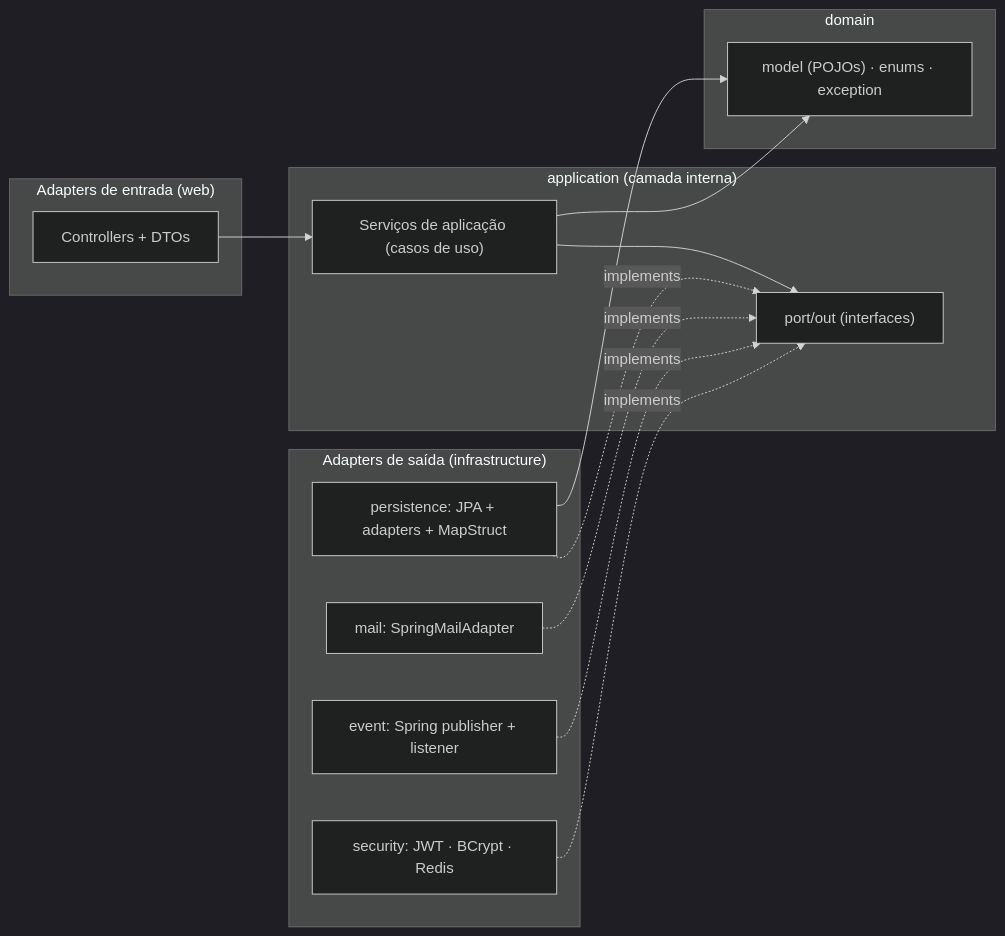
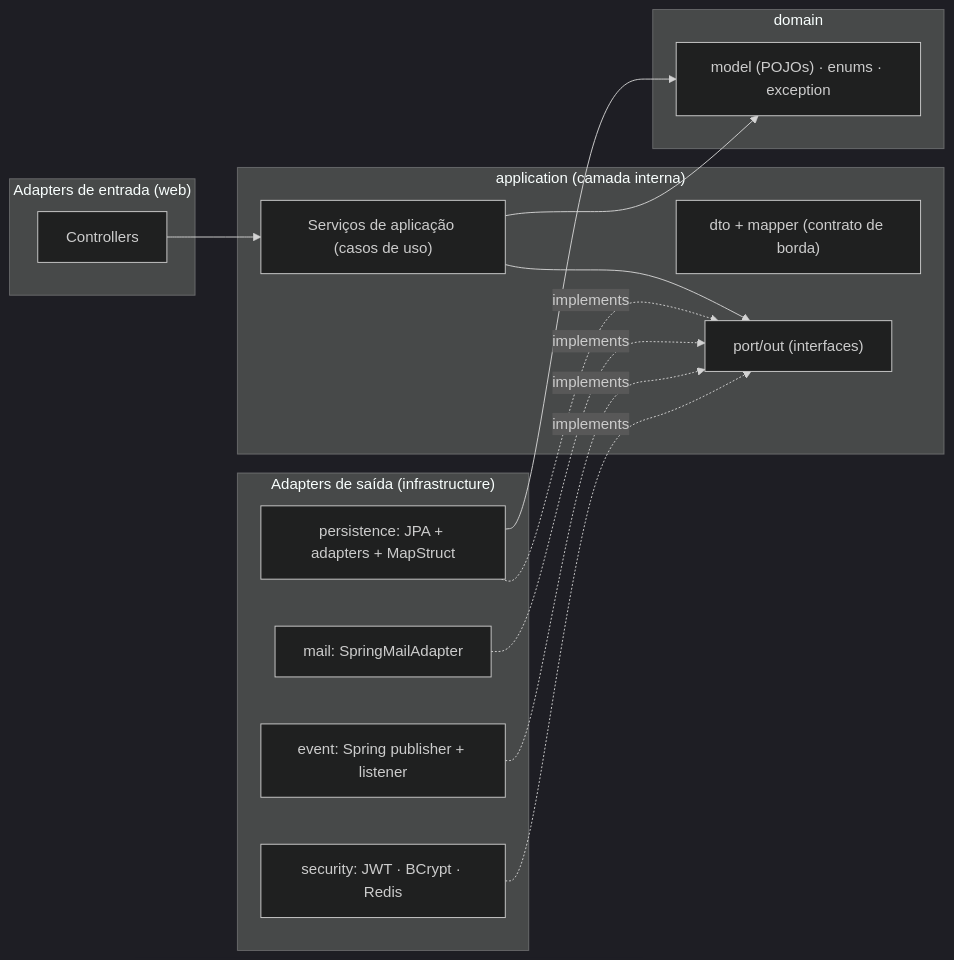
The first of 2 diagrams in README.md (fiap-pos-2026/tech-challenge-2), drawn with Mermaid (dark theme) before and after one commit. The commit also changed other lines of this file and 11 other files, not shown here.

````diff
--- a/README.md
+++ b/README.md
@@ -159,27 +175,28 @@
 ```mermaid
 flowchart LR
   subgraph in["Adapters de entrada (web)"]
-    C[Controllers + DTOs]
+    C[Controllers]
   end
   subgraph app["application (camada interna)"]
     UC["Serviços de aplicação (casos de uso)"]
+    DTO["dto + mapper (contrato de borda)"]
     P["port/out (interfaces)"]
   end
   subgraph dom["domain"]
     M["model (POJOs) · enums · exception"]
   end
   subgraph out["Adapters de saída (infrastructure)"]
     DB["persistence: JPA + adapters + MapStruct"]
     MAIL["mail: SpringMailAdapter"]
     EVT["event: Spring publisher + listener"]
     SEC["security: JWT · BCrypt · Redis"]
   end
   C --> UC
   UC --> M
   UC --> P
   DB -. implements .-> P
   MAIL -. implements .-> P
   EVT -. implements .-> P
   SEC -. implements .-> P
   DB --> M
 ```
````
